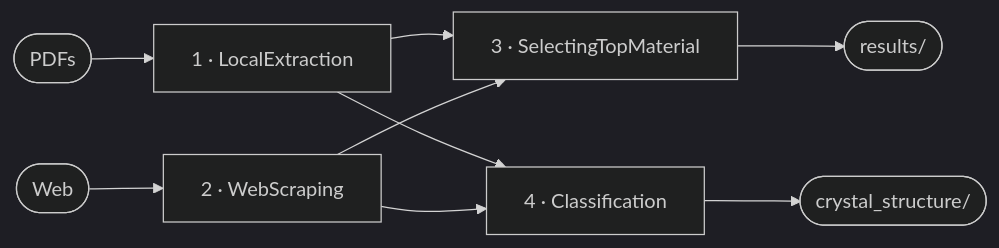
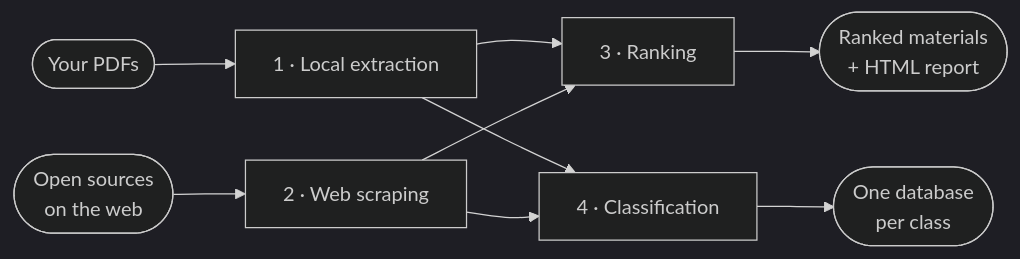
One commit to YounesMoukhlij/MoukhlijMatExtract changed the diagram in README.md. Above: the diagram before and after it, drawn with Mermaid (dark theme). The commit also changed other lines of this file and 66 other files, not shown here.

````diff
--- a/README.md
+++ b/README.md
@@ -13,11 +37,11 @@
 ```mermaid
 flowchart LR
-    A(["PDFs"]) --> B["1 · LocalExtraction"]
-    C(["Web"])  --> D["2 · WebScraping"]
-    B --> G["3 · SelectingTopMaterial"]
+    A(["Your PDFs"]) --> B["1 · Local extraction"]
+    C(["Open sources<br/>on the web"])  --> D["2 · Web scraping"]
+    B --> G["3 · Ranking"]
     B --> H["4 · Classification"]
     D --> G
     D --> H
-    G --> I(["results/"])
-    H --> J(["crystal_structure/"])
+    G --> I(["Ranked materials<br/>+ HTML report"])
+    H --> J(["One database<br/>per class"])
 ```
````
